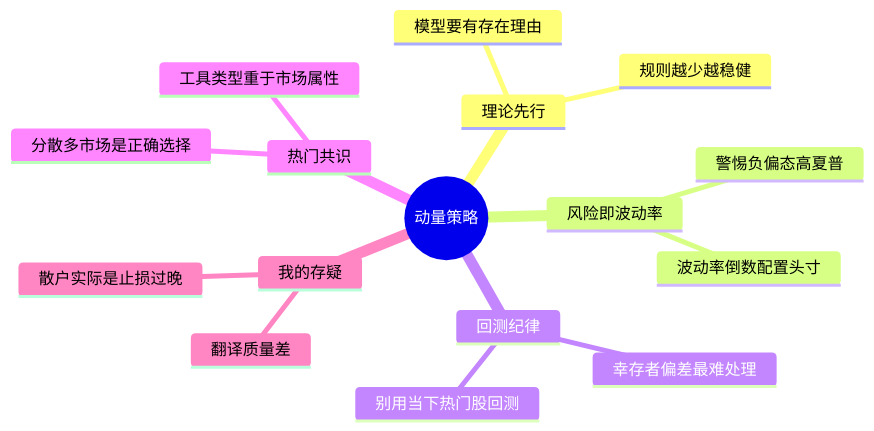
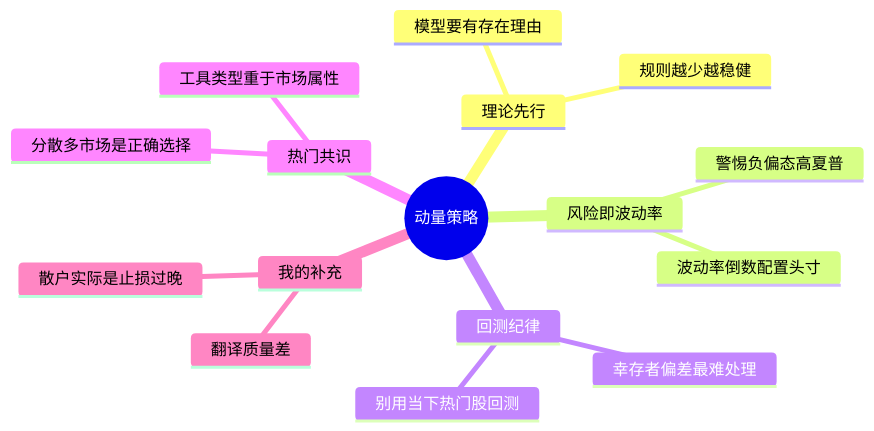
Before and after one commit to kuhung/book-skills: the diagram in notes/动量策略_笔记.md, drawn with Mermaid. The commit also changed 1 other file, not shown here.

Commit message:
fix(sop): reframe residual as personal supplement, drop dissent framing
用户纠正:残差不是"认同/不认同共识"的对抗评判,而是简单的"共识 + 个人补充"。
- SOP"残差标记"章节改为"个人补充",去掉存疑/分歧措辞
- 动量策略导图"我的存疑"分支改为"我的补充"
- issue #4 草稿与线上正文同步

Refs: #4

````diff
--- a/notes/动量策略_笔记.md
+++ b/notes/动量策略_笔记.md
@@ -126,19 +126,19 @@
 ```mermaid
 mindmap
   root((动量策略))
     理论先行
       模型要有存在理由
       规则越少越稳健
     风险即波动率
       波动率倒数配置头寸
       警惕负偏态高夏普
     回测纪律
       幸存者偏差最难处理
       别用当下热门股回测
     热门共识
       分散多市场是正确选择
       工具类型重于市场属性
-    我的存疑
+    我的补充
       翻译质量差
       散户实际是止损过晚
 ```
````
